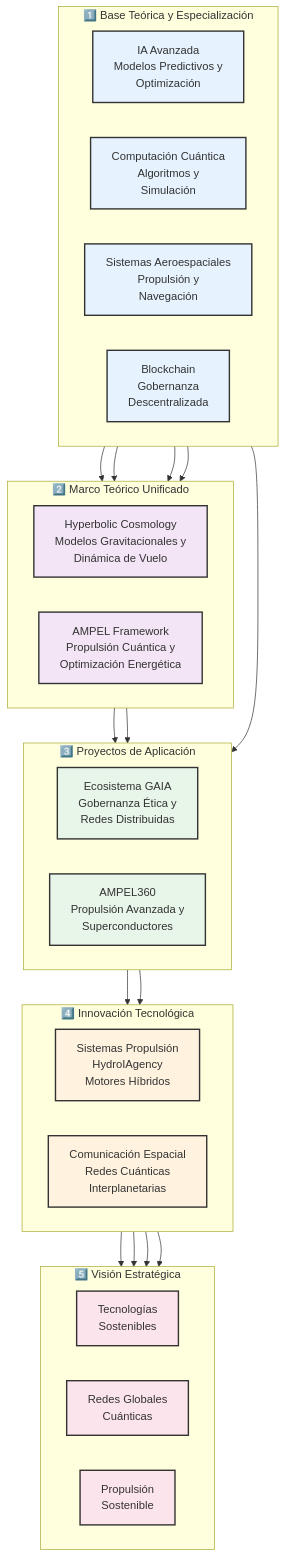
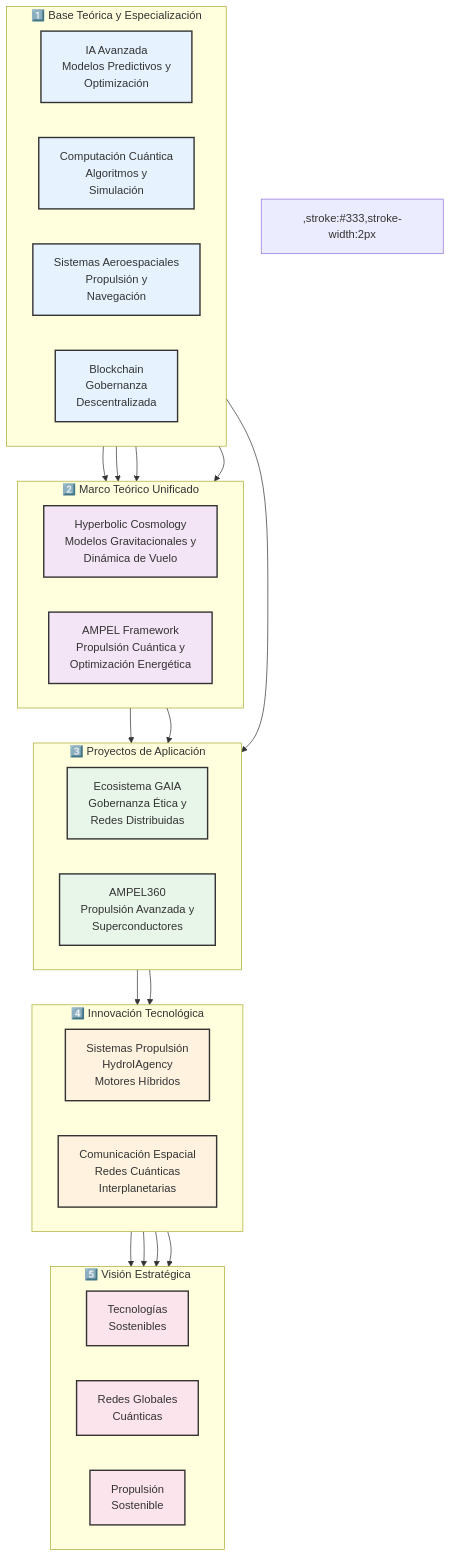
One commit to ampel360/Robbbo-T changed the diagram in Readme.md. Above: the diagram before and after it, drawn with Mermaid. The commit also changed other lines of this file, not shown here.

````diff
--- a/Readme.md
+++ b/Readme.md
@@ -15,62 +15,71 @@
 ```mermaid
 flowchart TD
     subgraph Nivel1["1️⃣ Base Teórica y Especialización"]
         direction LR
         IA["IA Avanzada\nModelos Predictivos y\nOptimización"]
         CQ["Computación Cuántica\nAlgoritmos y\nSimulación"]
         SA["Sistemas Aeroespaciales\nPropulsión y\nNavegación"]
         BC["Blockchain\nGobernanza\nDescentralizada"]
     end
 
     subgraph Nivel2["2️⃣ Marco Teórico Unificado"]
         direction LR
         HC["Hyperbolic Cosmology\nModelos Gravitacionales y\nDinámica de Vuelo"]
         ATF["AMPEL Framework\nPropulsión Cuántica y\nOptimización Energética"]
     end
 
     subgraph Nivel3["3️⃣ Proyectos de Aplicación"]
         direction LR
         GAIA["Ecosistema GAIA\nGobernanza Ética y\nRedes Distribuidas"]
         AMPEL["AMPEL360\nPropulsión Avanzada y\nSuperconductores"]
     end
 
     subgraph Nivel4["4️⃣ Innovación Tecnológica"]
         direction LR
         SP["Sistemas Propulsión\nHydroIAgency\nMotores Híbridos"]
         CS["Comunicación Espacial\nRedes Cuánticas\nInterplanetarias"]
     end
 
     subgraph Nivel5["5️⃣ Visión Estratégica"]
         direction LR
         TS["Tecnologías\nSostenibles"]
         RG["Redes Globales\nCuánticas"]
         PS["Propulsión\nSostenible"]
     end
 
     %% Conexiones entre niveles
     IA & CQ --> HC
     SA & CQ --> ATF
     BC --> GAIA
     
     HC --> GAIA
     ATF --> AMPEL
     
     GAIA --> CS
     AMPEL --> SP
     
     SP --> PS & TS
     CS --> RG & TS
 
     %% Estilos
     classDef nivel1 fill:#e6f3ff,stroke:#333,stroke-width:2px
     classDef nivel2 fill:#f3e5f5,stroke:#333,stroke-width:2px
     classDef nivel3 fill:#e8f5e9,stroke:#333,stroke-width:2px
     classDef nivel4 fill:#fff3e0,stroke:#333,stroke-width:2px
     classDef nivel5 fill:#fce4ec,stroke:#333,stroke-width:2px
 
     class IA,CQ,SA,BC nivel1
     class HC,ATF nivel2
     class GAIA,AMPEL nivel3
     class SP,CS nivel4
     class TS,RG,PS nivel5
+,stroke:#333,stroke-width:2px
+    classDef nivel4 fill:#fff3e0,stroke:#333,stroke-width:2px
+    classDef nivel5 fill:#fce4ec,stroke:#333,stroke-width:2px
+
+    class IA,CQ,SA,BC nivel1
+    class HC,ATF nivel2
+    class GAIA,AMPEL nivel3
+    class SP,CS nivel4
+    class TS,RG,PS nivel5
 ```
````
